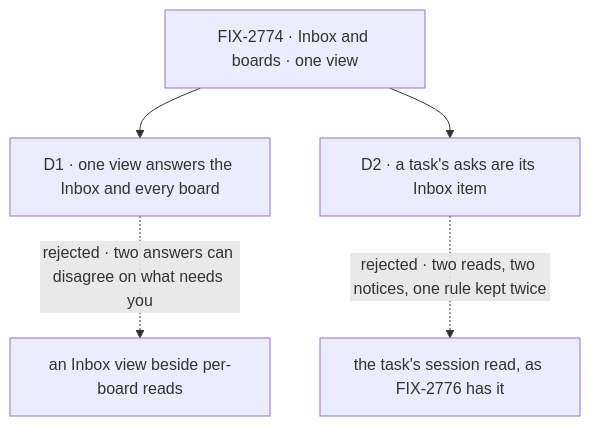
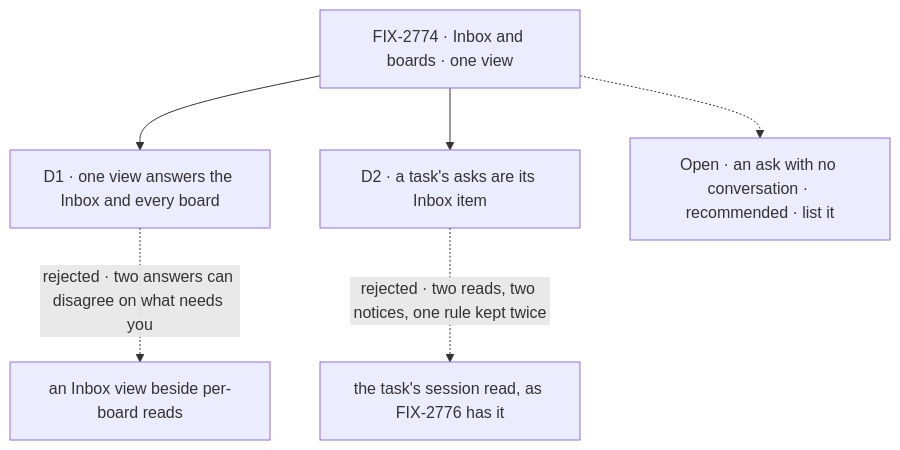
Before and after one commit to fixpoint-labs/flow-state-dev: the diagram in specs/issues/FIX-2774/DECISIONS.md, drawn with Mermaid. The commit also changed other lines of this file and 3 other files, not shown here.

````diff
--- a/specs/issues/FIX-2774/DECISIONS.md
+++ b/specs/issues/FIX-2774/DECISIONS.md
@@ -15,7 +15,8 @@
 ```mermaid
 flowchart TD
   I["FIX-2774 · Inbox and boards · one view"] --> D1["D1 · one view answers the Inbox and every board"]
   D1 -.->|"rejected · two answers can disagree on what needs you"| X1["an Inbox view beside per-board reads"]
   I --> D2["D2 · a task's asks are its Inbox item"]
   D2 -.->|"rejected · two reads, two notices, one rule kept twice"| X2["the task's session read, as FIX-2776 has it"]
+  I -.-> O["Open · an ask with no conversation · recommended · list it"]
 ```
````
